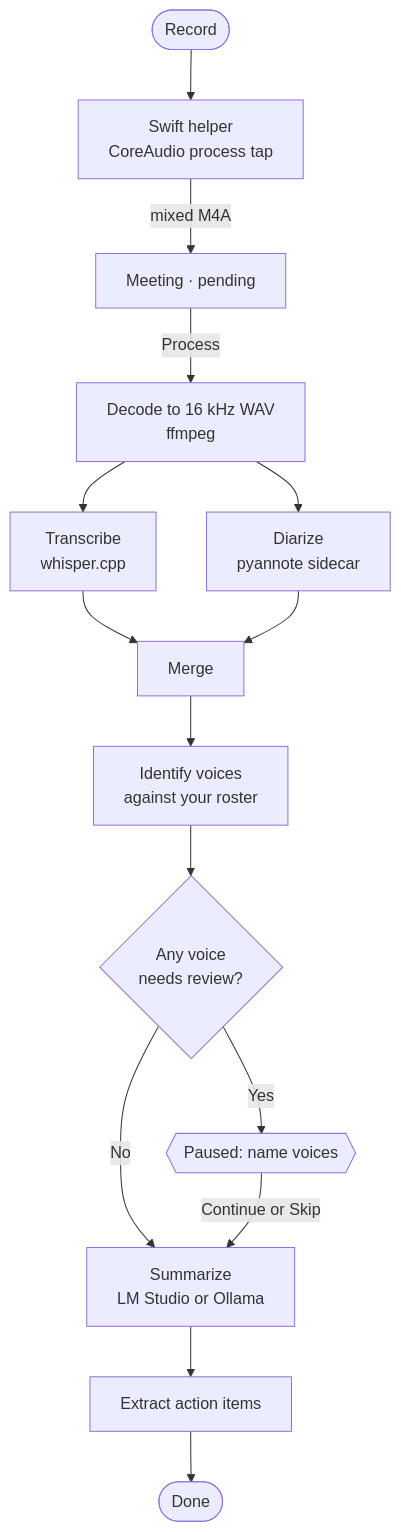
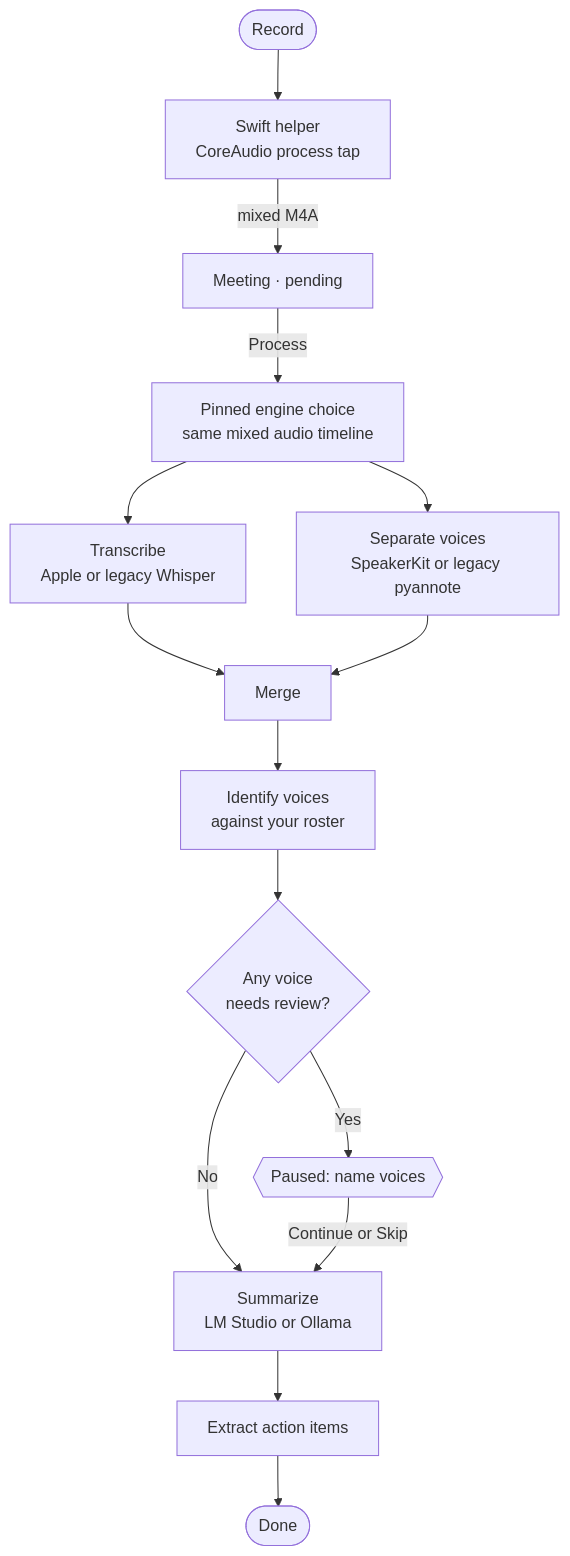
One commit to dbbaskette/MeetingNotes changed the diagram in README.md. Above: the diagram before and after it, drawn with Mermaid. The commit also changed other lines of this file and 87 other files, not shown here.

First line of the commit message:
Release 1.15.0: native Apple transcription and SpeakerKit in the full app (#275)

````diff
--- a/README.md
+++ b/README.md
@@ -65,17 +86,17 @@
 ```mermaid
 flowchart TD
     rec([Record]) --> tap["Swift helper<br/>CoreAudio process tap"]
     tap -->|mixed M4A| pending["Meeting · pending"]
-    pending -->|Process| prep["Decode to 16 kHz WAV<br/>ffmpeg"]
-    prep --> stt["Transcribe<br/>whisper.cpp"]
-    prep --> dia["Diarize<br/>pyannote sidecar"]
+    pending -->|Process| prep["Pinned engine choice<br/>same mixed audio timeline"]
+    prep --> stt["Transcribe<br/>Apple or legacy Whisper"]
+    prep --> dia["Separate voices<br/>SpeakerKit or legacy pyannote"]
     stt --> merge[Merge]
     dia --> merge
     merge --> id["Identify voices<br/>against your roster"]
     id --> review{"Any voice<br/>needs review?"}
     review -->|Yes| gate{{"Paused: name voices"}}
     review -->|No| sum["Summarize<br/>LM Studio or Ollama"]
     gate -->|Continue or Skip| sum
     sum --> ext["Extract action items"]
     ext --> done([Done])
 ```
````
